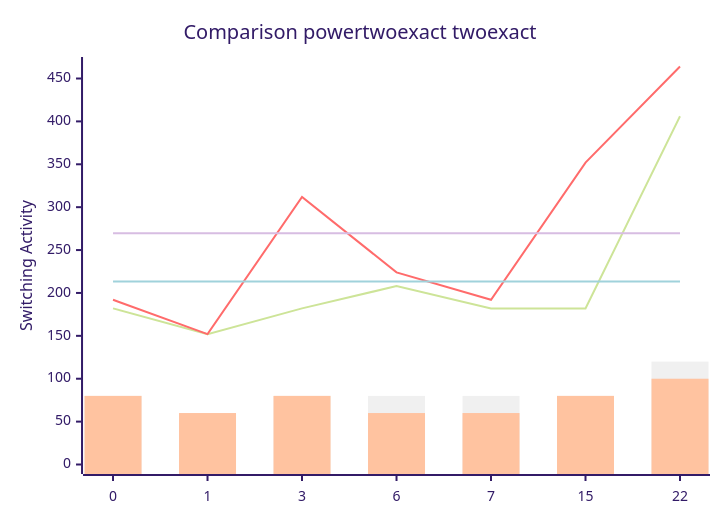
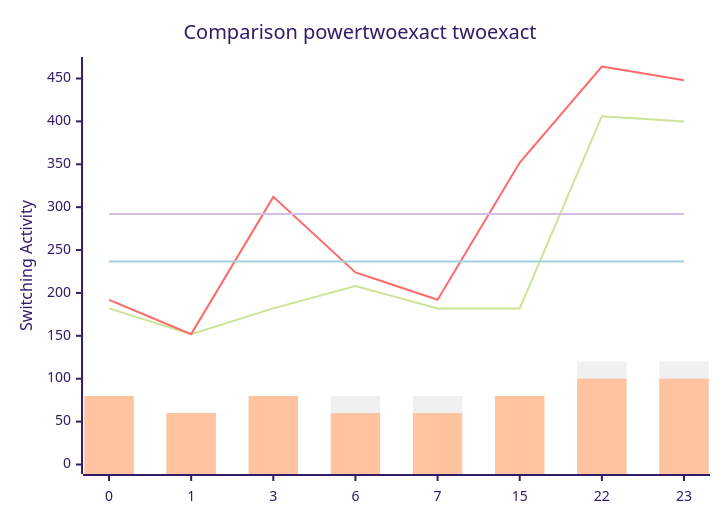
Before and after one commit to FeldmeierMichael/Exact-Power-Synthesis: the diagram in benchmark_opt.md, drawn with Mermaid (forest theme). The commit also changed other lines of this file, not shown here.

````diff
--- a/benchmark_opt.md
+++ b/benchmark_opt.md
@@ -19,12 +21,12 @@
 ```mermaid
 xychart-beta
     title "Comparison powertwoexact twoexact"
-    x-axis [0, 1, 3, 6, 7, 15, 22]
+    x-axis [0, 1, 3, 6, 7, 15, 22, 23]
     y-axis "Switching Activity" 0-->464
-    line [182, 152, 182, 208, 182, 182, 406]
-    line [192, 152, 312, 224, 192, 352, 464]
-    line [213.42857142857142, 213.42857142857142, 213.42857142857142, 213.42857142857142, 213.42857142857142, 213.42857142857142, 213.42857142857142]
-    line [269.7142857142857, 269.7142857142857, 269.7142857142857, 269.7142857142857, 269.7142857142857, 269.7142857142857, 269.7142857142857]
-    bar [80, 60, 80, 80, 80, 80, 120]
-    bar [80, 60, 80, 60, 60, 80, 100]
+    line [182, 152, 182, 208, 182, 182, 406, 400]
+    line [192, 152, 312, 224, 192, 352, 464, 448]
+    line [236.75, 236.75, 236.75, 236.75, 236.75, 236.75, 236.75, 236.75]
+    line [292.0, 292.0, 292.0, 292.0, 292.0, 292.0, 292.0, 292.0]
+    bar [80, 60, 80, 80, 80, 80, 120, 120]
+    bar [80, 60, 80, 60, 60, 80, 100, 100]
 ```
````
